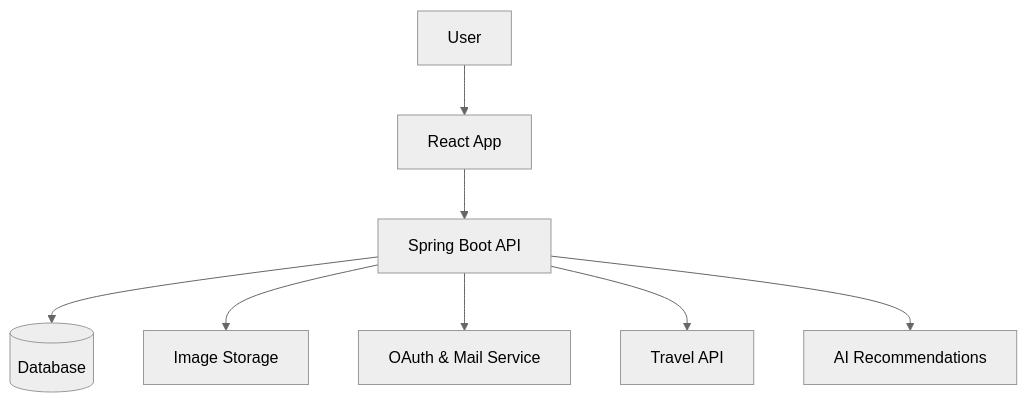
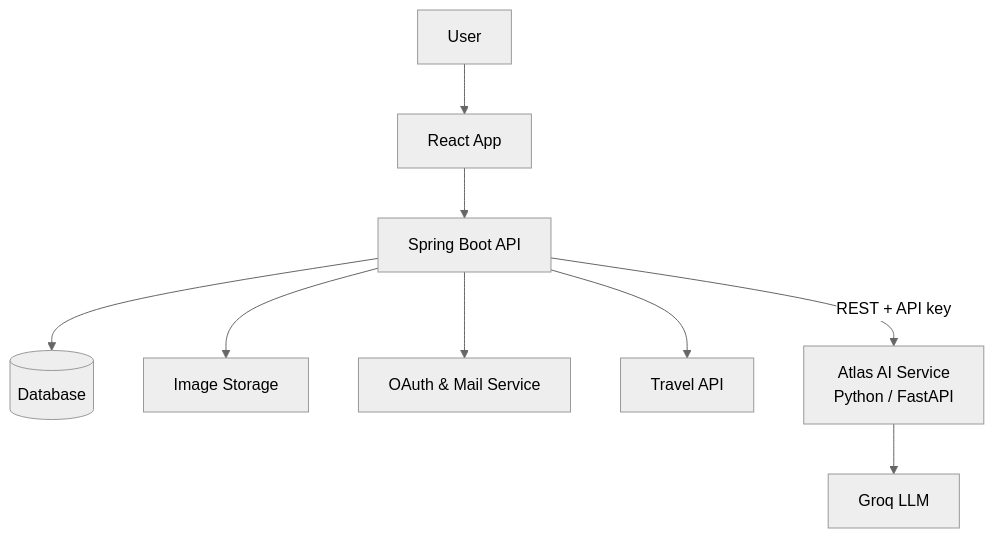
The diagram in README.md (browny26/atlas-backend), drawn with Mermaid (neutral theme) before and after one commit. The commit also changed other lines of this file and 27 other files, not shown here.

First line of the commit message:
Delegate AI generation to atlas-ai_service and fix security issues (#1)

````diff
--- a/README.md
+++ b/README.md
@@ -131,10 +148,11 @@
 ```mermaid
 graph TD;
   User --> Frontend[React App];
   Frontend --> Backend[Spring Boot API];
   Backend --> PostgreSQL[(Database)];
   Backend --> Supabase[Image Storage];
   Backend --> Google[OAuth & Mail Service];
   Backend --> Amadeus[Travel API];
-  Backend --> Groq[AI Recommendations];
+  Backend -->|REST + API key| AI[Atlas AI Service<br/>Python / FastAPI];
+  AI --> LLM[Groq LLM];
 ```
````
